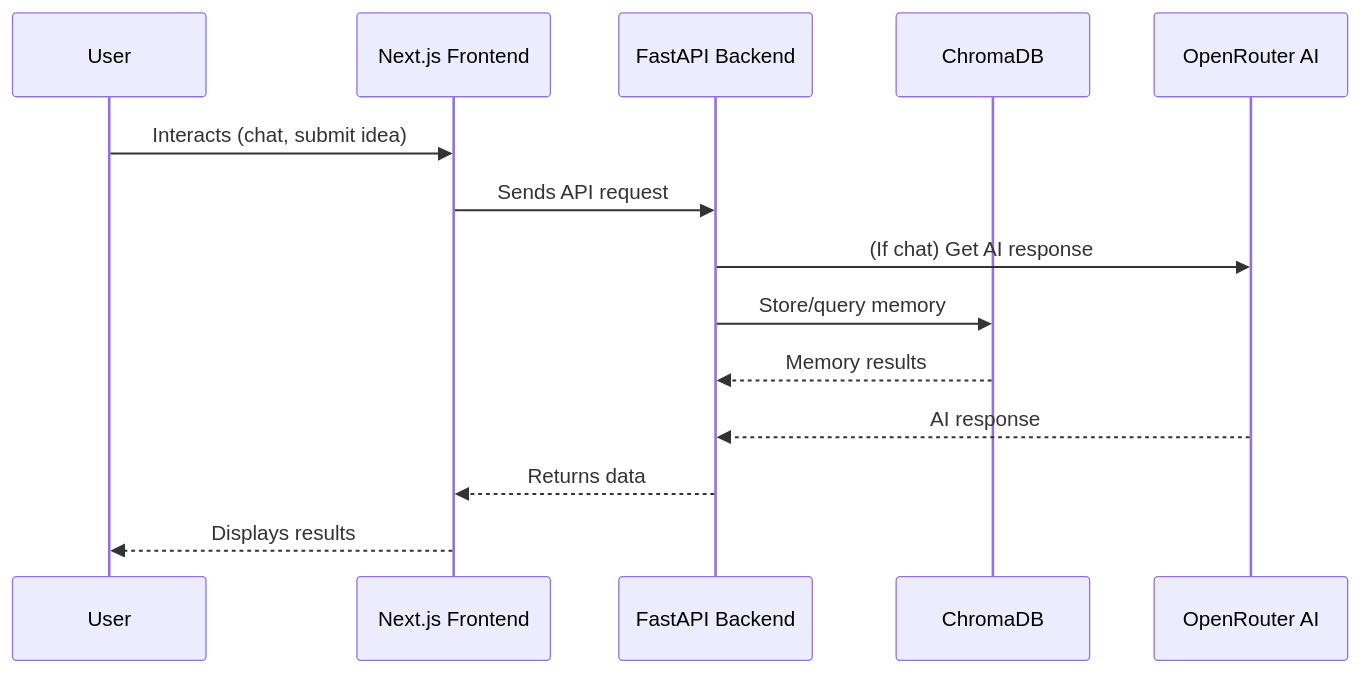
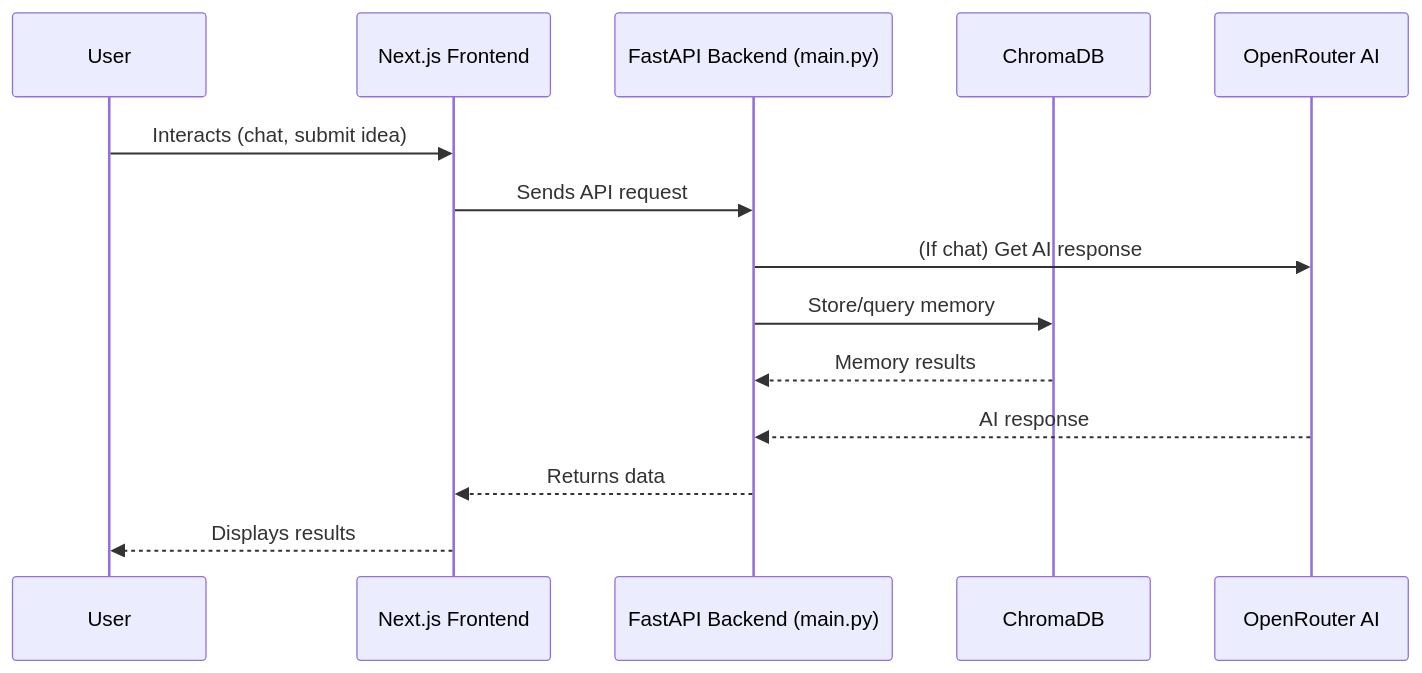
Before and after one commit to Ak2556/nava-ai: the diagram in README.md, drawn with Mermaid. The commit also changed other lines of this file, not shown here.

````diff
--- a/README.md
+++ b/README.md
@@ -49,17 +49,17 @@
 ```mermaid
 sequenceDiagram
     participant User
     participant Frontend as Next.js Frontend
-    participant Backend as FastAPI Backend
+    participant Backend as FastAPI Backend (main.py)
     participant Chroma as ChromaDB
     participant OpenRouter as OpenRouter AI
 
     User->>Frontend: Interacts (chat, submit idea)
     Frontend->>Backend: Sends API request
     Backend->>OpenRouter: (If chat) Get AI response
     Backend->>Chroma: Store/query memory
     Chroma-->>Backend: Memory results
     OpenRouter-->>Backend: AI response
     Backend-->>Frontend: Returns data
     Frontend-->>User: Displays results
 ```
````
